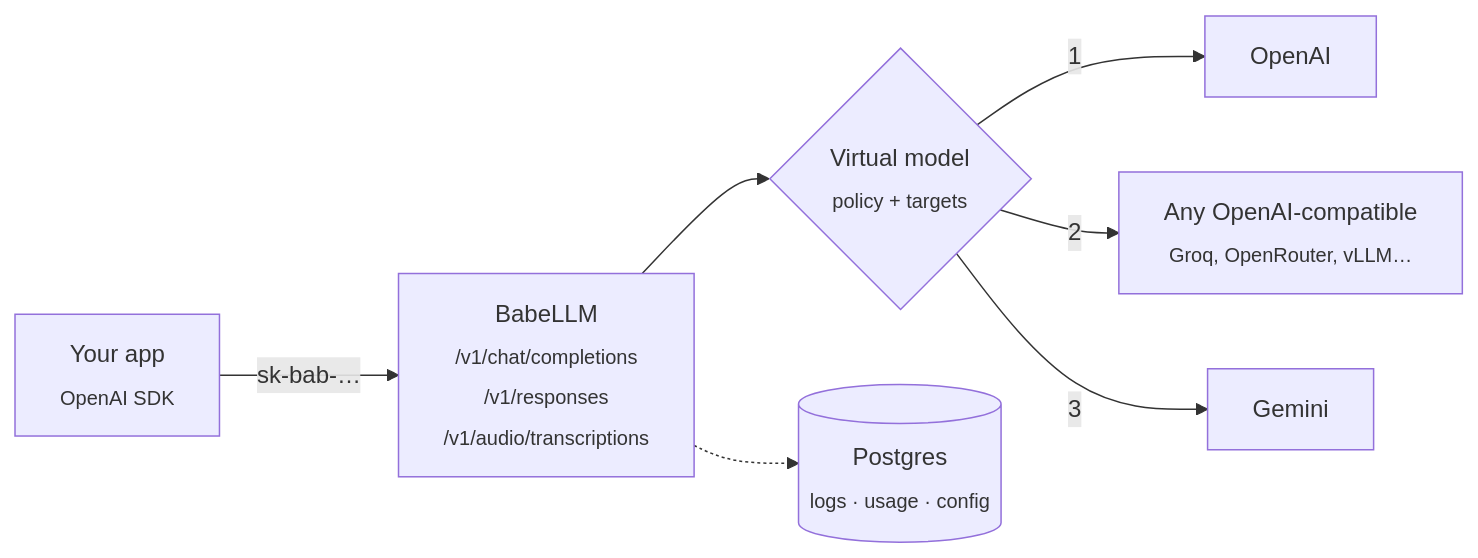
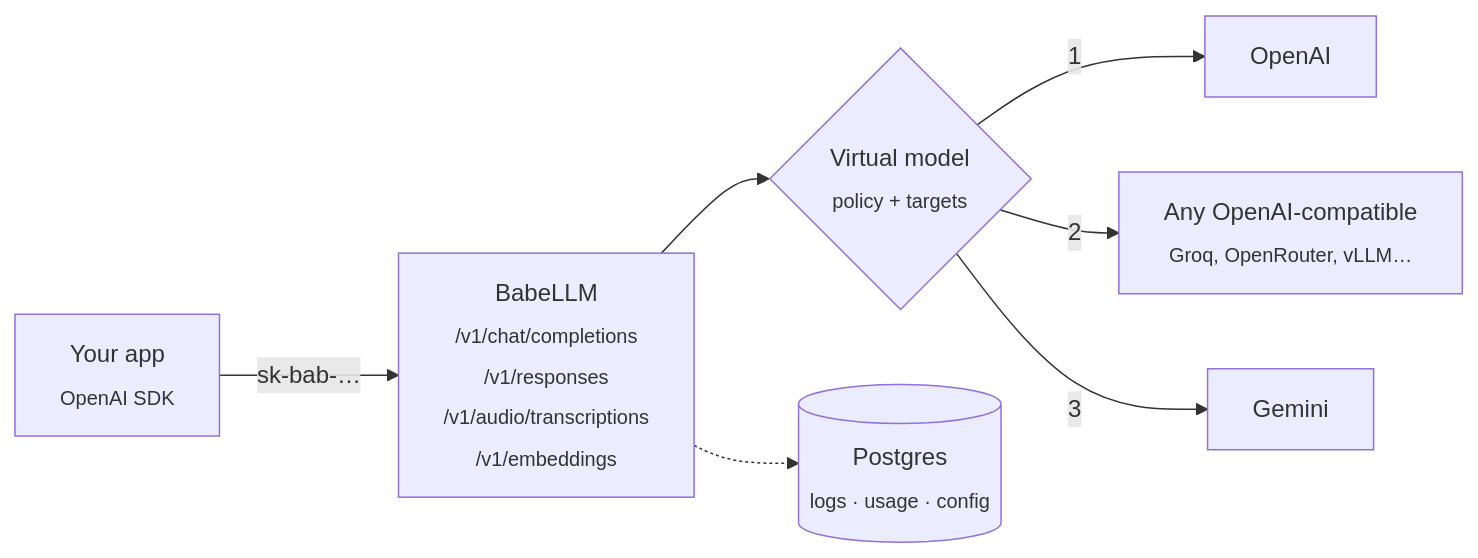
One commit to slzdev/babellm-gateway changed the diagram in README.md. Above: the diagram before and after it, drawn with Mermaid. The commit also changed other lines of this file and 51 other files, not shown here.

First line of the commit message:
feat(gateway): serve the OpenAI embeddings API (#14)

````diff
--- a/README.md
+++ b/README.md
@@ -118,9 +155,9 @@
 ```mermaid
 flowchart LR
-    A["Your app<br/><sub>OpenAI SDK</sub>"] -->|"sk-bab-…"| B["BabeLLM<br/><sub>/v1/chat/completions<br/>/v1/responses<br/>/v1/audio/transcriptions</sub>"]
+    A["Your app<br/><sub>OpenAI SDK</sub>"] -->|"sk-bab-…"| B["BabeLLM<br/><sub>/v1/chat/completions<br/>/v1/responses<br/>/v1/audio/transcriptions<br/>/v1/embeddings</sub>"]
     B --> C{"Virtual model<br/><sub>policy + targets</sub>"}
     C -->|1| D["OpenAI"]
     C -->|2| E["Any OpenAI-compatible<br/><sub>Groq, OpenRouter, vLLM…</sub>"]
     C -->|3| F["Gemini"]
     B -.-> G[("Postgres<br/><sub>logs · usage · config</sub>")]
 ```
````
